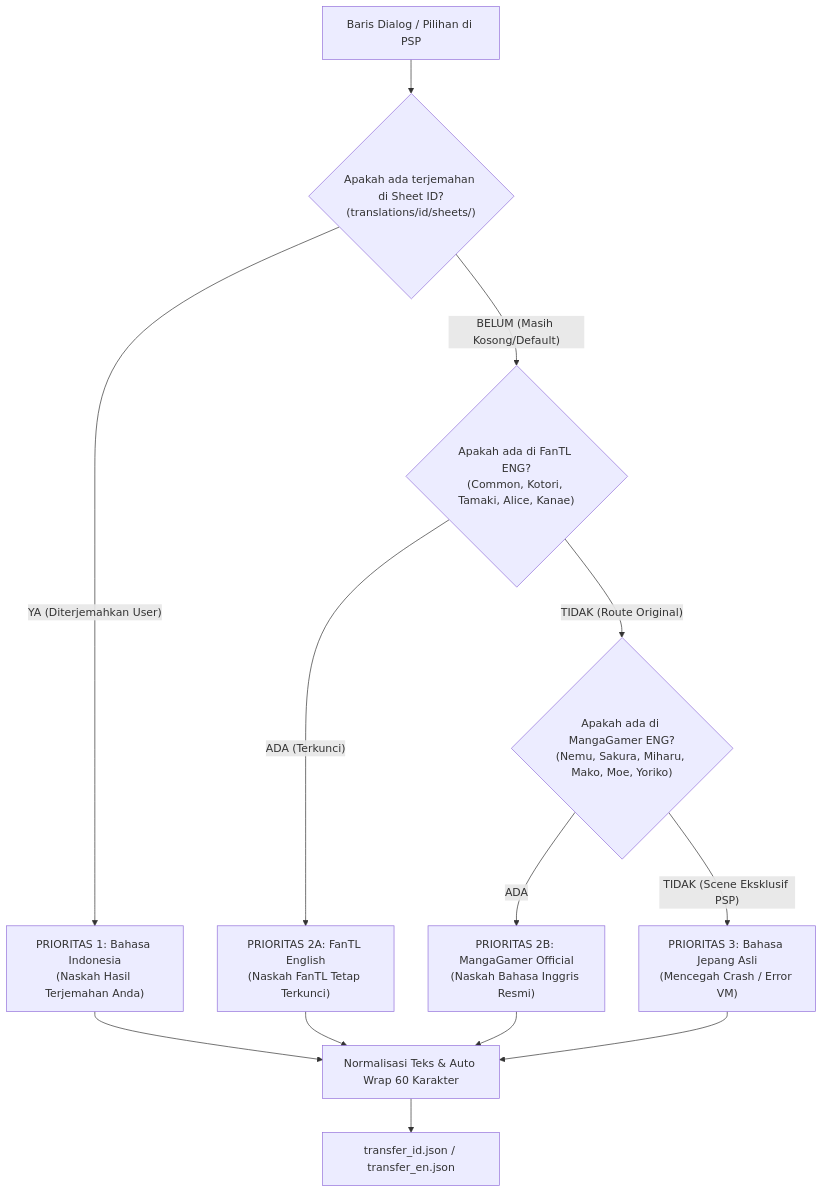
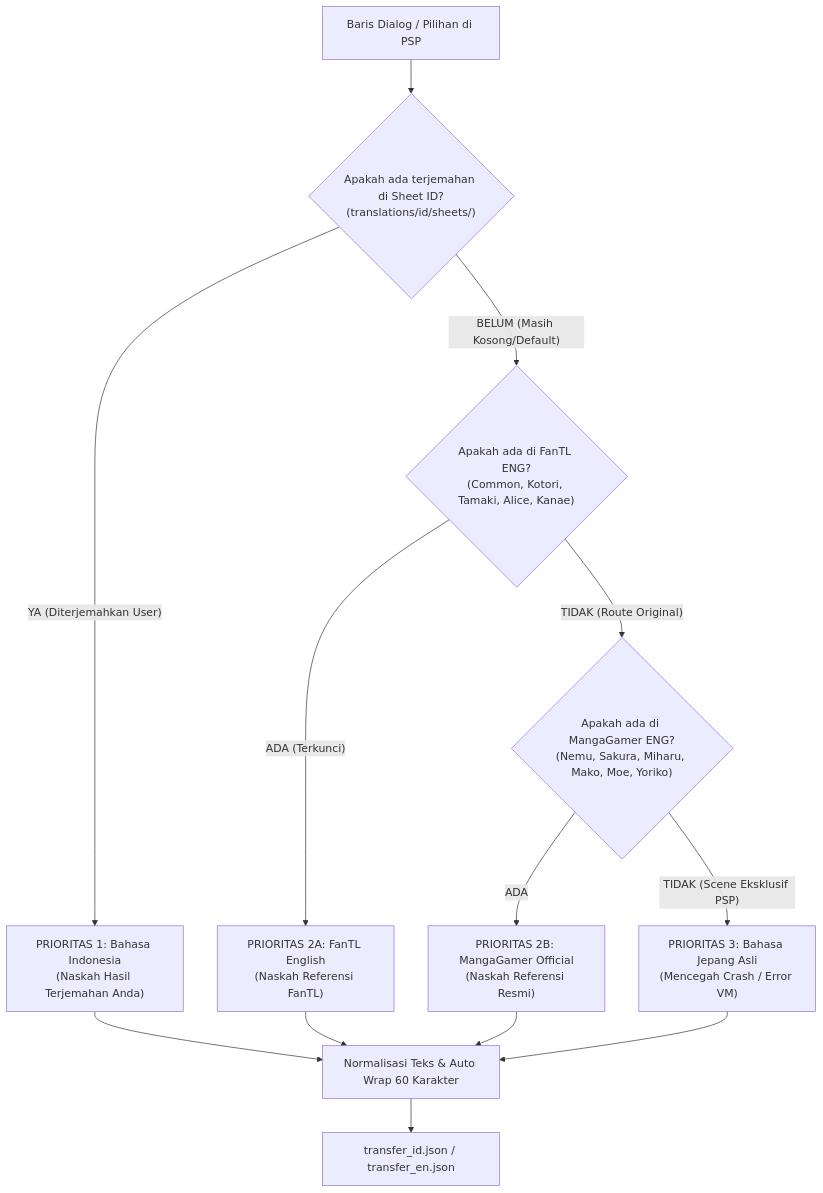
Before and after one commit to SakuraSymphonyReTranslation/dc1ps-psp-tools: the first of 3 diagrams in README.md, drawn with Mermaid. The commit also changed other lines of this file and 1 other file, not shown here.

Commit message:
docs: clarify project role as patch builder toolkit and accurate English reference status

````diff
--- a/README.md
+++ b/README.md
@@ -311,23 +324,23 @@
 ```mermaid
 graph TD
     A["Baris Dialog / Pilihan di PSP"] --> B{"Apakah ada terjemahan di Sheet ID?<br>(translations/id/sheets/)"}
     
     B -- "YA (Diterjemahkan User)" --> C["PRIORITAS 1: Bahasa Indonesia<br>(Naskah Hasil Terjemahan Anda)"]
     
     B -- "BELUM (Masih Kosong/Default)" --> D{"Apakah ada di FanTL ENG?<br>(Common, Kotori, Tamaki, Alice, Kanae)"}
     
-    D -- "ADA (Terkunci)" --> E["PRIORITAS 2A: FanTL English<br>(Naskah FanTL Tetap Terkunci)"]
+    D -- "ADA (Terkunci)" --> E["PRIORITAS 2A: FanTL English<br>(Naskah Referensi FanTL)"]
     
     D -- "TIDAK (Route Original)" --> F{"Apakah ada di MangaGamer ENG?<br>(Nemu, Sakura, Miharu, Mako, Moe, Yoriko)"}
     
-    F -- "ADA" --> G["PRIORITAS 2B: MangaGamer Official<br>(Naskah Bahasa Inggris Resmi)"]
+    F -- "ADA" --> G["PRIORITAS 2B: MangaGamer Official<br>(Naskah Referensi Resmi)"]
     
     F -- "TIDAK (Scene Eksklusif PSP)" --> H["PRIORITAS 3: Bahasa Jepang Asli<br>(Mencegah Crash / Error VM)"]
     
     C --> I["Normalisasi Teks & Auto Wrap 60 Karakter"]
     E --> I
     G --> I
     H --> I
     
     I --> J["transfer_id.json / transfer_en.json"]
 ```
````
